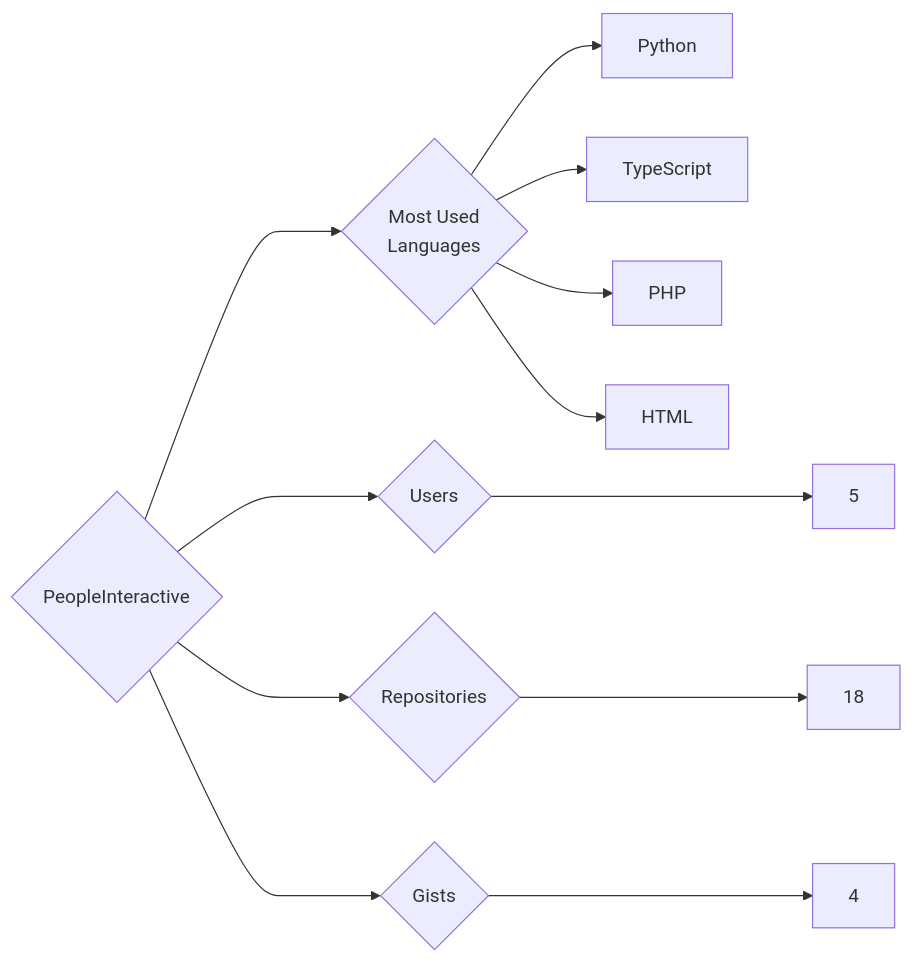
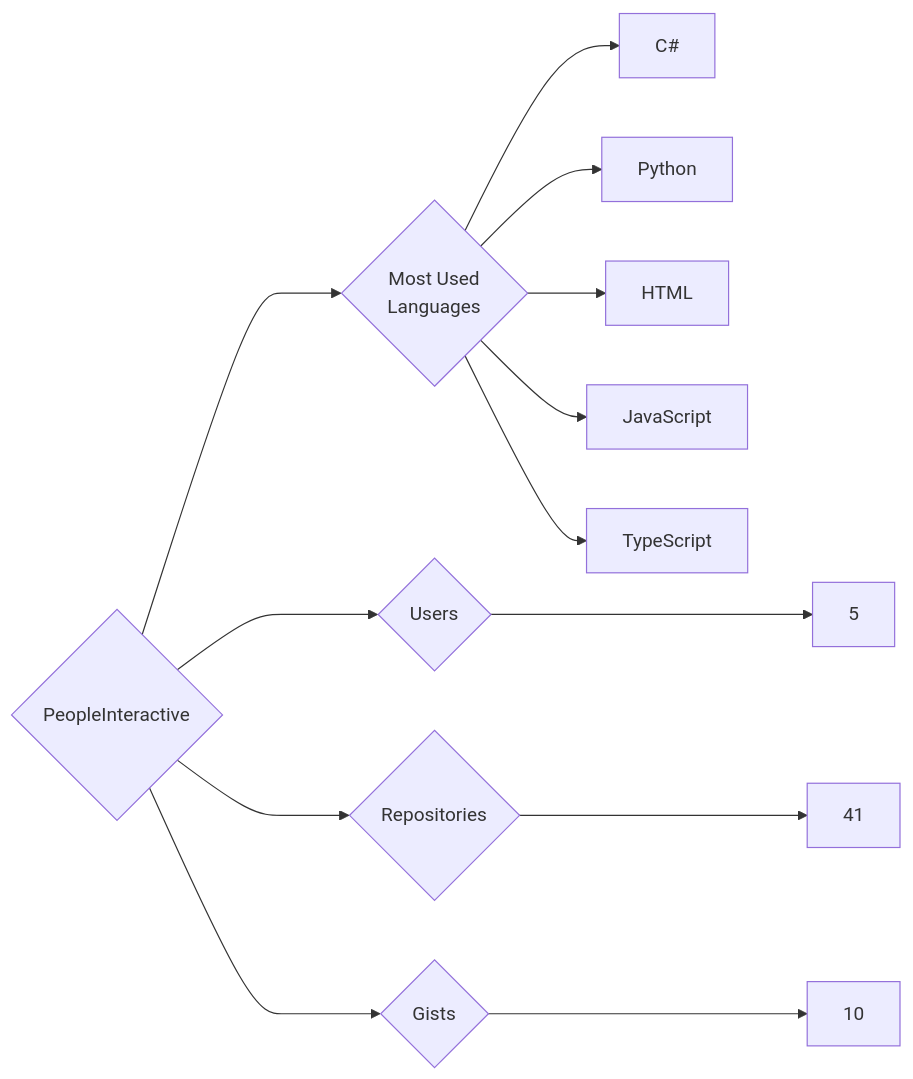
One commit to trickest/insiders changed the diagram in targets/PeopleInteractive/README.md. Above: the diagram before and after it, drawn with Mermaid. The commit also changed 794 other files, not shown here.

````diff
--- a/targets/PeopleInteractive/README.md
+++ b/targets/PeopleInteractive/README.md
@@ -3,12 +3,13 @@
 ```mermaid
 graph LR
 COMPANY_NAME{PeopleInteractive}
 COMPANY_NAME ---> U{Users} ---> UN[5]
-COMPANY_NAME ---> R{Repositories} ---> RN[18]
-COMPANY_NAME ---> G{Gists} ---> GN[4]
+COMPANY_NAME ---> R{Repositories} ---> RN[41]
+COMPANY_NAME ---> G{Gists} ---> GN[10]
 COMPANY_NAME ---> ML{Most Used<br>Languages}
+ML --> C#[C#]
 ML --> Python[Python]
+ML --> HTML[HTML]
+ML --> JavaScript[JavaScript]
 ML --> TypeScript[TypeScript]
-ML --> PHP[PHP]
-ML --> HTML[HTML]
 ```
````
